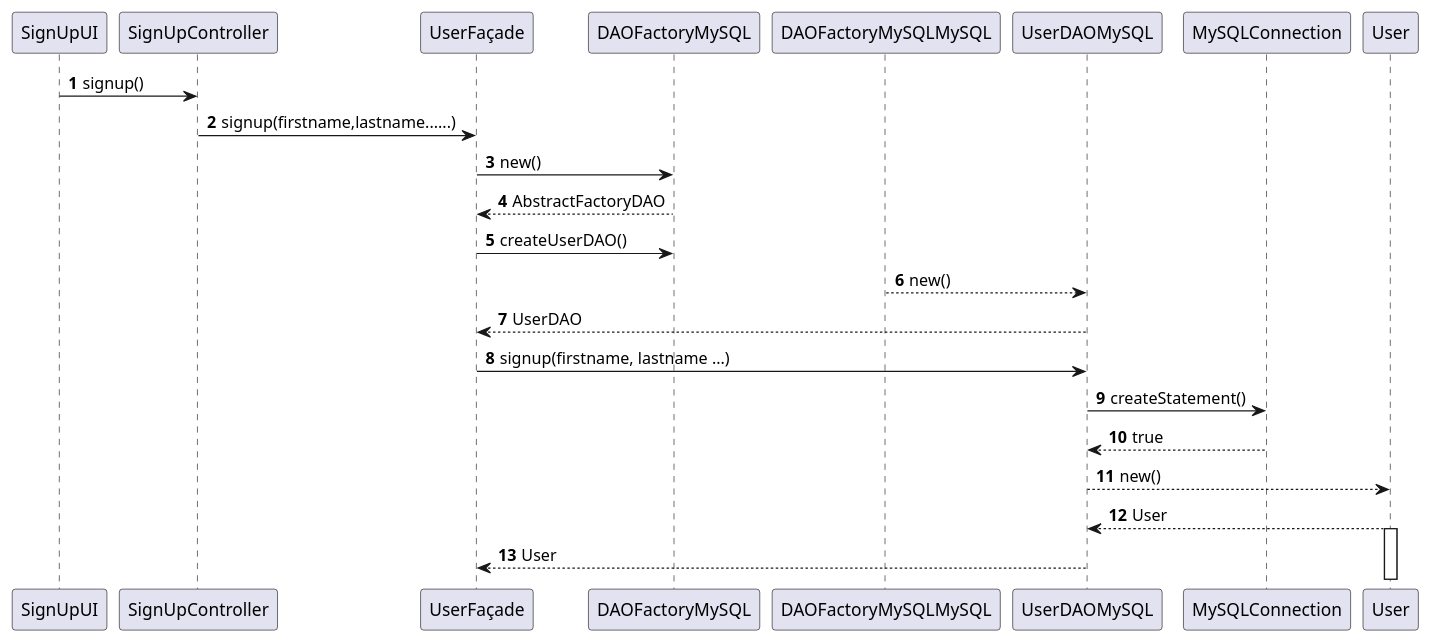
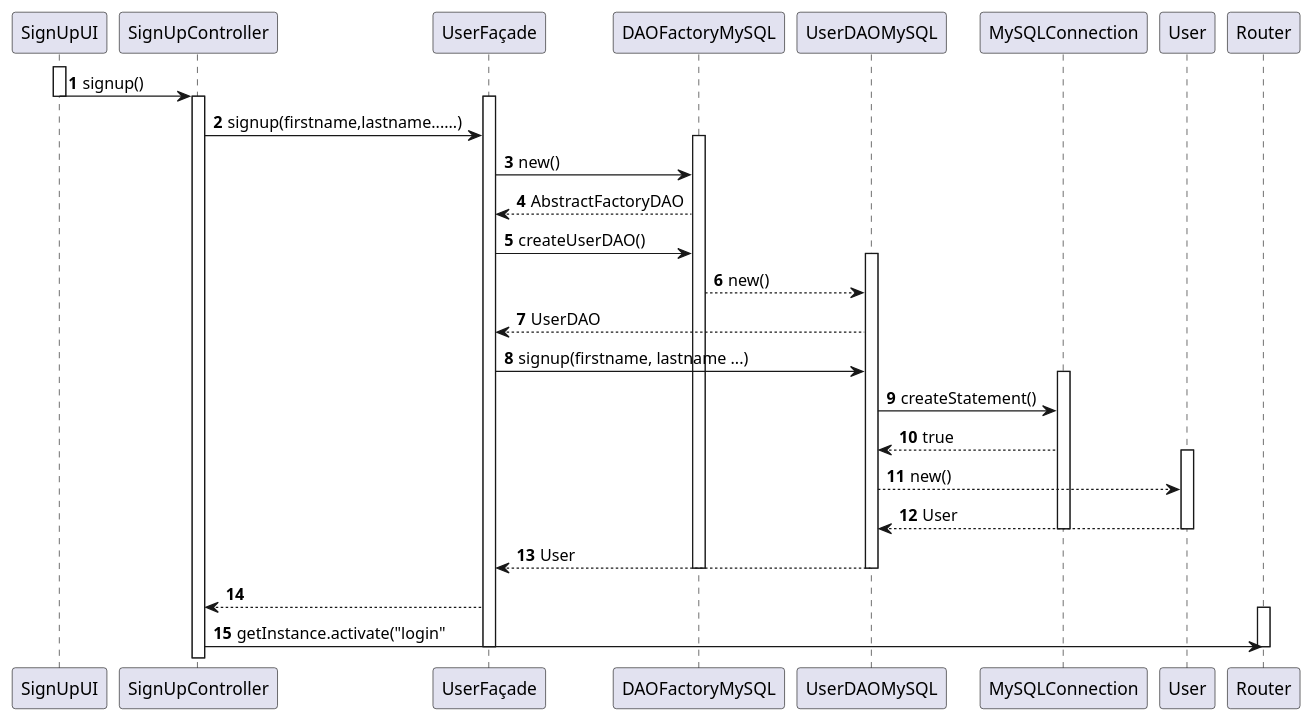
One commit to aymericCOUPRIE/Mercat changed the diagram in Diagramms/SignUpSequenceDiagram.puml. Above: the diagram before and after it, drawn with PlantUML. The commit also changed 1 other file, not shown here.

Commit message:
Ajout activate deactivate SignUpDiagram

```diff
--- a/Diagramms/SignUpSequenceDiagram.puml
+++ b/Diagramms/SignUpSequenceDiagram.puml
@@ -1,20 +1,36 @@
 @startuml
 autonumber
+activate SignUpUI
 SignUpUI -> SignUpController : signup()
+deactivate SignUpUI
+activate SignUpController
+activate UserFaçade
 SignUpController -> UserFaçade : signup(firstname,lastname......)
+activate DAOFactoryMySQL
 UserFaçade -> DAOFactoryMySQL : new()
 DAOFactoryMySQL --> UserFaçade : AbstractFactoryDAO
 UserFaçade -> DAOFactoryMySQL : createUserDAO()
-DAOFactoryMySQLMySQL --> UserDAOMySQL : new()
+activate UserDAOMySQL
+DAOFactoryMySQL --> UserDAOMySQL : new()
 UserDAOMySQL --> UserFaçade : UserDAO
 UserFaçade ->UserDAOMySQL : signup(firstname, lastname ...)
+activate MySQLConnection
 UserDAOMySQL -> MySQLConnection : createStatement()
 MySQLConnection --> UserDAOMySQL : true
+activate User
 UserDAOMySQL --> User : new()
 User --> UserDAOMySQL : User
-activate User
+deactivate User
+deactivate MySQLConnection
 UserDAOMySQL --> UserFaçade : User
-
+deactivate UserDAOMySQL
+deactivate DAOFactoryMySQL
+UserFaçade-->SignUpController
+activate Router
+SignUpController -> Router : getInstance.activate("login"
+deactivate Router
+deactivate UserFaçade
+deactivate DAOFactoryMySQL
 
 
 @enduml
```
